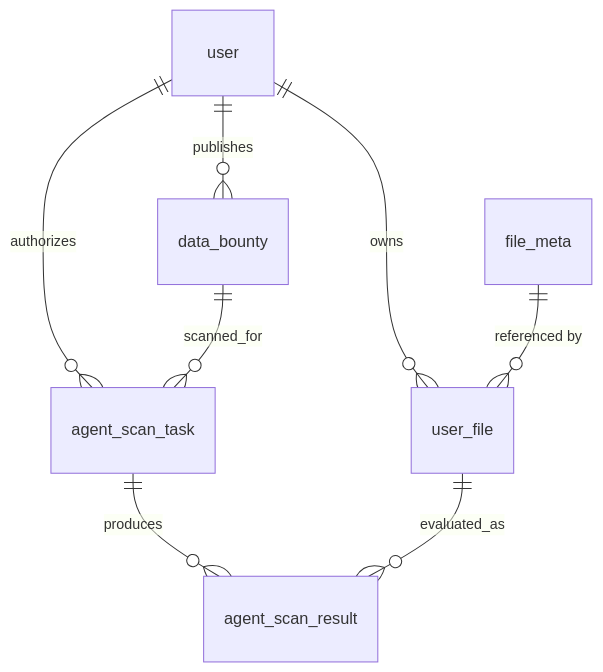
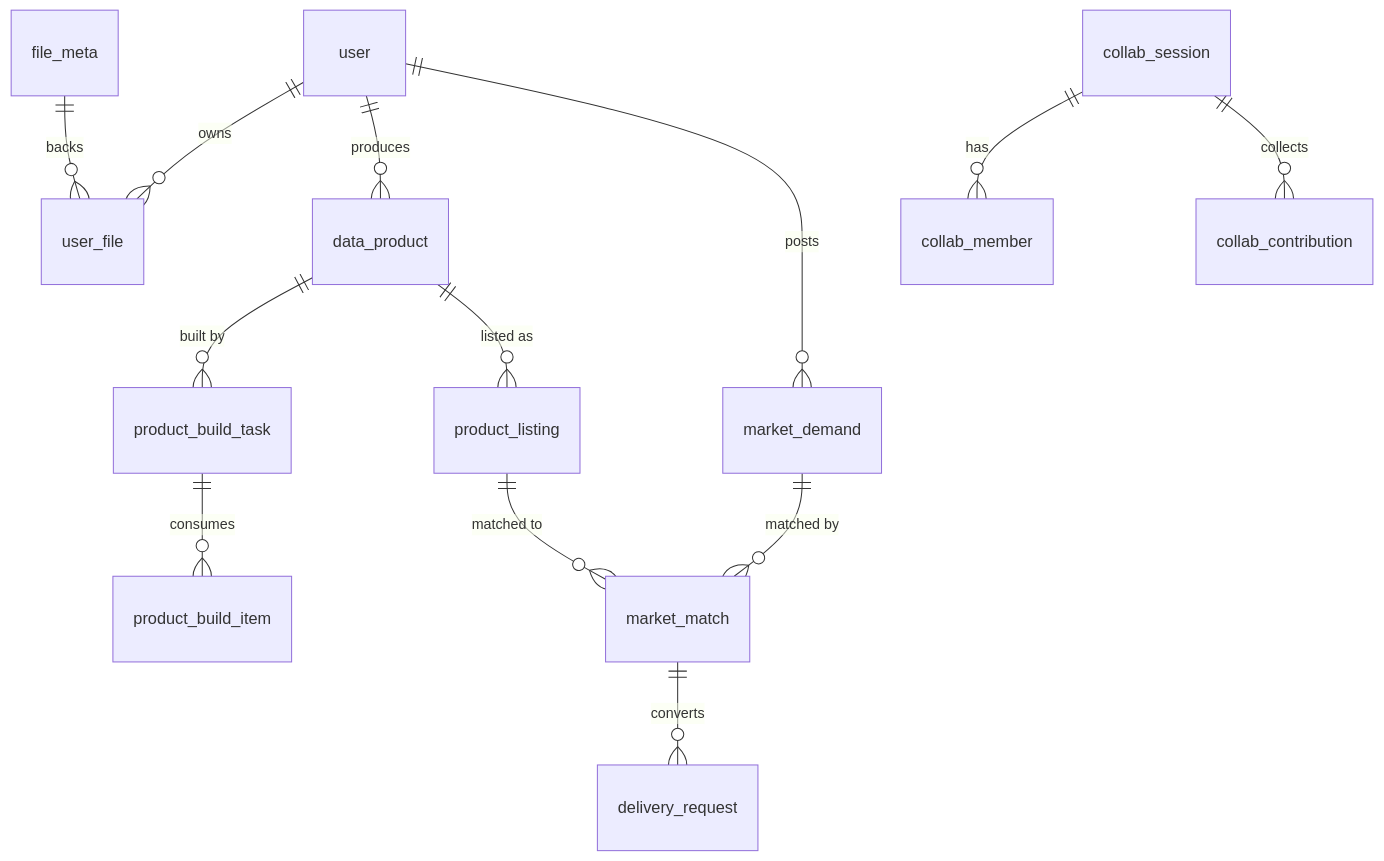
One commit to PanheadGG/agora-drive changed the third of 7 diagrams in docs/www2026/WWW2026_Demo_AgentCloudDisk_EN.md. Above: the diagram before and after it, drawn with Mermaid. The commit also changed other lines of this file and 1 other file, not shown here.

Commit message:
docs: 重写 WWW2026 Demo 论文（多 Agent 协同版，中英双语，7 张 Mermaid + 5 张实拍图）

````diff
--- a/docs/www2026/WWW2026_Demo_AgentCloudDisk_EN.md
+++ b/docs/www2026/WWW2026_Demo_AgentCloudDisk_EN.md
@@ -110,10 +130,15 @@
 ```mermaid
 erDiagram
     user ||--o{ user_file : owns
-    user ||--o{ data_bounty : publishes
-    user ||--o{ agent_scan_task : authorizes
-    file_meta ||--o{ user_file : "referenced by"
-    data_bounty ||--o{ agent_scan_task : scanned_for
-    agent_scan_task ||--o{ agent_scan_result : produces
-    user_file ||--o{ agent_scan_result : evaluated_as
+    file_meta ||--o{ user_file : backs
+    user ||--o{ data_product : produces
+    data_product ||--o{ product_build_task : "built by"
+    product_build_task ||--o{ product_build_item : consumes
+    data_product ||--o{ product_listing : "listed as"
+    user ||--o{ market_demand : posts
+    product_listing ||--o{ market_match : "matched to"
+    market_demand ||--o{ market_match : "matched by"
+    market_match ||--o{ delivery_request : converts
+    collab_session ||--o{ collab_member : has
+    collab_session ||--o{ collab_contribution : collects
 ```
````
